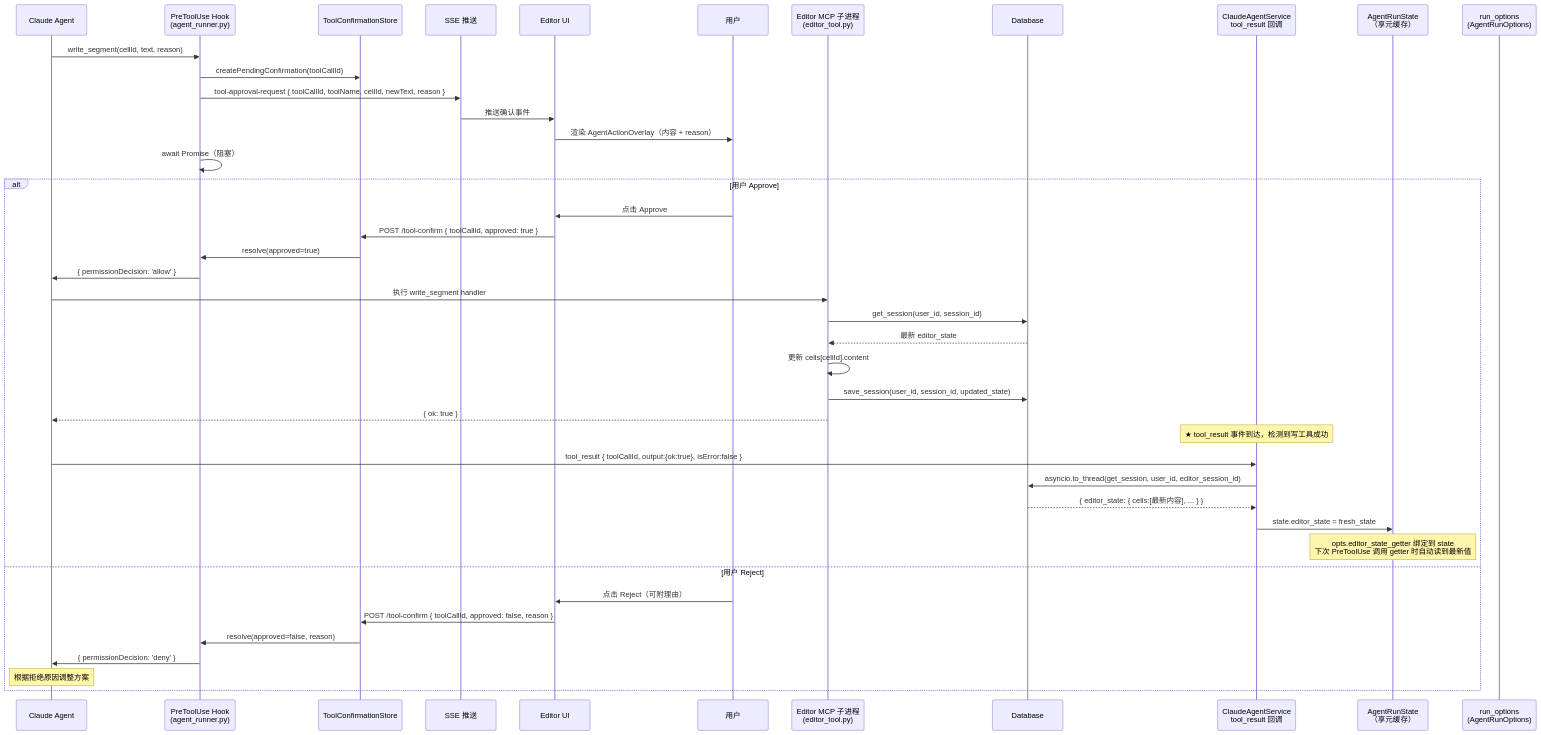
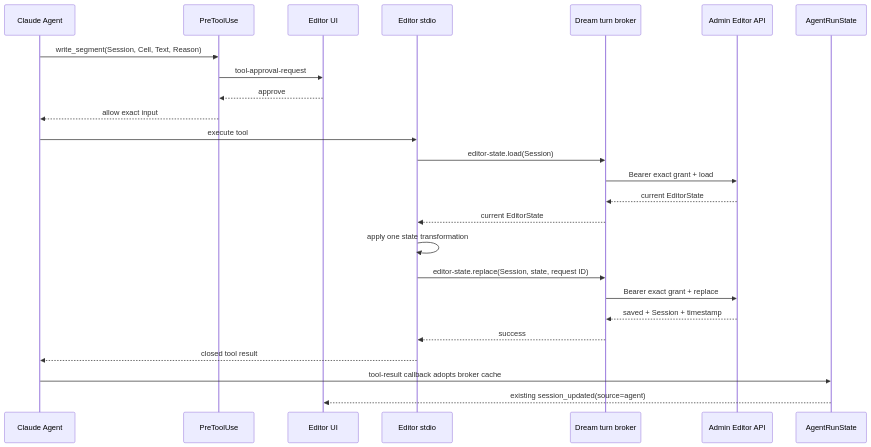
One commit to glide-the/im-dream changed the diagram in docs/design/claude-agent/edit-point/mcp-tools.md. Above: the diagram before and after it, drawn with Mermaid. The commit also changed other lines of this file and 28 other files, not shown here.

Commit message:
Route Editor persistence through Admin

````diff
--- a/docs/design/claude-agent/edit-point/mcp-tools.md
+++ b/docs/design/claude-agent/edit-point/mcp-tools.md
@@ -291,47 +96,28 @@
 ```mermaid
 sequenceDiagram
     participant Agent as Claude Agent
-    participant Hook as PreToolUse Hook<br/>(agent_runner.py)
-    participant Store as ToolConfirmationStore
-    participant SSE as SSE 推送
+    participant Hook as PreToolUse
     participant UI as Editor UI
-    participant Human as 用户
-    participant MCP as Editor MCP 子进程<br/>(editor_tool.py)
-    participant DB as Database
-    participant Svc as ClaudeAgentService<br/>tool_result 回调
-    participant State as AgentRunState<br/>（享元缓存）
-    participant Opts as run_options<br/>(AgentRunOptions)
+    participant MCP as Editor stdio
+    participant Broker as Dream turn broker
+    participant Admin as Admin Editor API
+    participant State as AgentRunState
 
-    Agent->>Hook: write_segment(cellId, text, reason)
-    Hook->>Store: createPendingConfirmation(toolCallId)
-    Hook->>SSE: tool-approval-request { toolCallId, toolName, cellId, newText, reason }
-    SSE->>UI: 推送确认事件
-    UI->>Human: 渲染 AgentActionOverlay（内容 + reason）
-    Hook->>Hook: await Promise（阻塞）
-
-    alt 用户 Approve
-        Human->>UI: 点击 Approve
-        UI->>Store: POST /tool-confirm { toolCallId, approved: true }
-        Store->>Hook: resolve(approved=true)
-        Hook->>Agent: { permissionDecision: 'allow' }
-        Agent->>MCP: 执行 write_segment handler
-        MCP->>DB: get_session(user_id, session_id)
-        DB-->>MCP: 最新 editor_state
-        MCP->>MCP: 更新 cells[cellId].content
-        MCP->>DB: save_session(user_id, session_id, updated_state)
-        MCP-->>Agent: { ok: true }
-
-        Note over Svc: ★ tool_result 事件到达，检测到写工具成功
-        Agent->>Svc: tool_result { toolCallId, output:{ok:true}, isError:false }
-        Svc->>DB: asyncio.to_thread(get_session, user_id, editor_session_id)
-        DB-->>Svc: { editor_state: { cells:[最新内容], ... } }
-        Svc->>State: state.editor_state = fresh_state
-        Note over State: opts.editor_state_getter 绑定到 state<br/>下次 PreToolUse 调用 getter 时自动读到最新值
-    else 用户 Reject
-        Human->>UI: 点击 Reject（可附理由）
-        UI->>Store: POST /tool-confirm { toolCallId, approved: false, reason }
-        Store->>Hook: resolve(approved=false, reason)
-        Hook->>Agent: { permissionDecision: 'deny' }
-        Note over Agent: 根据拒绝原因调整方案
-    end
+    Agent->>Hook: write_segment(Session, Cell, Text, Reason)
+    Hook->>UI: tool-approval-request
+    UI-->>Hook: approve
+    Hook-->>Agent: allow exact input
+    Agent->>MCP: execute tool
+    MCP->>Broker: editor-state.load(Session)
+    Broker->>Admin: Bearer exact grant + load
+    Admin-->>Broker: current EditorState
+    Broker-->>MCP: current EditorState
+    MCP->>MCP: apply one state transformation
+    MCP->>Broker: editor-state.replace(Session, state, request ID)
+    Broker->>Admin: Bearer exact grant + replace
+    Admin-->>Broker: saved + Session + timestamp
+    Broker-->>MCP: success
+    MCP-->>Agent: closed tool result
+    Agent->>State: tool-result callback adopts broker cache
+    State-->>UI: existing session_updated(source=agent)
 ```
````
